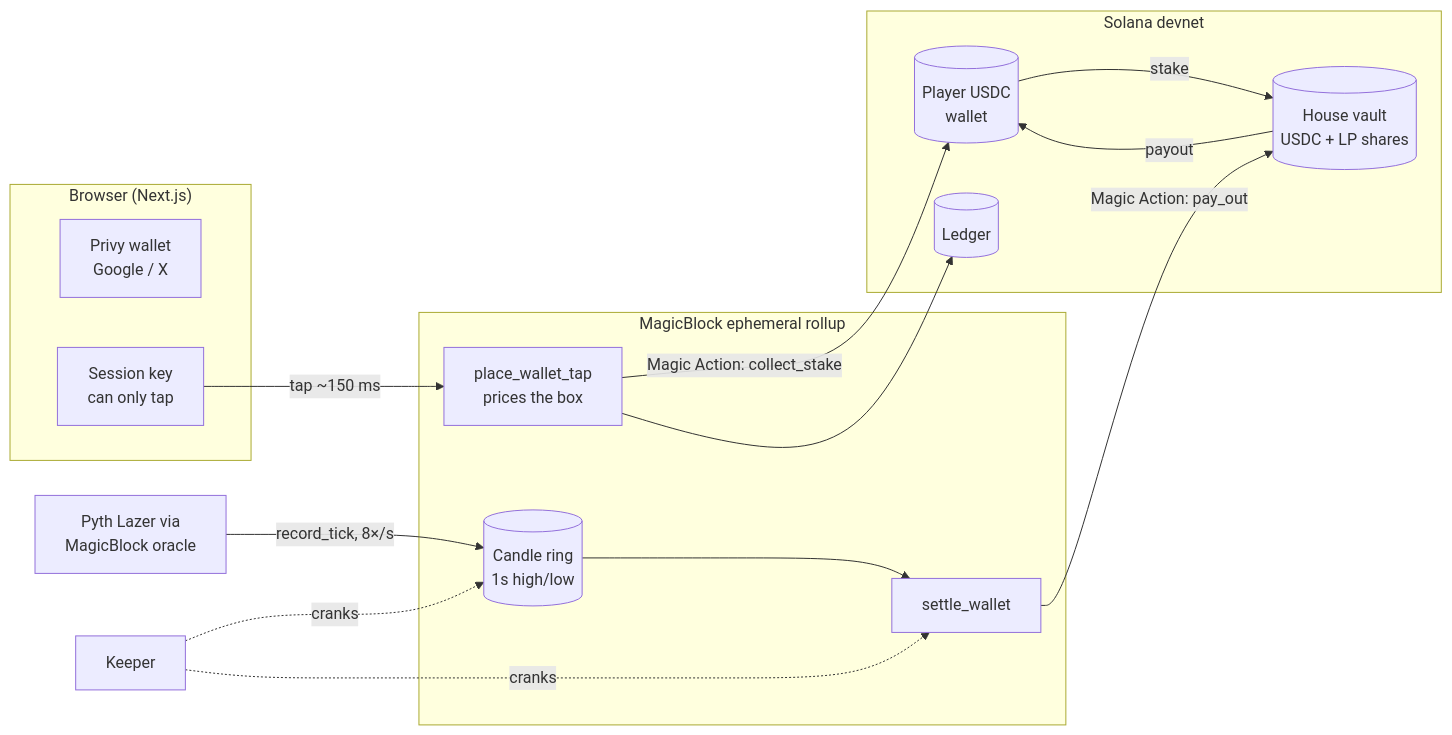
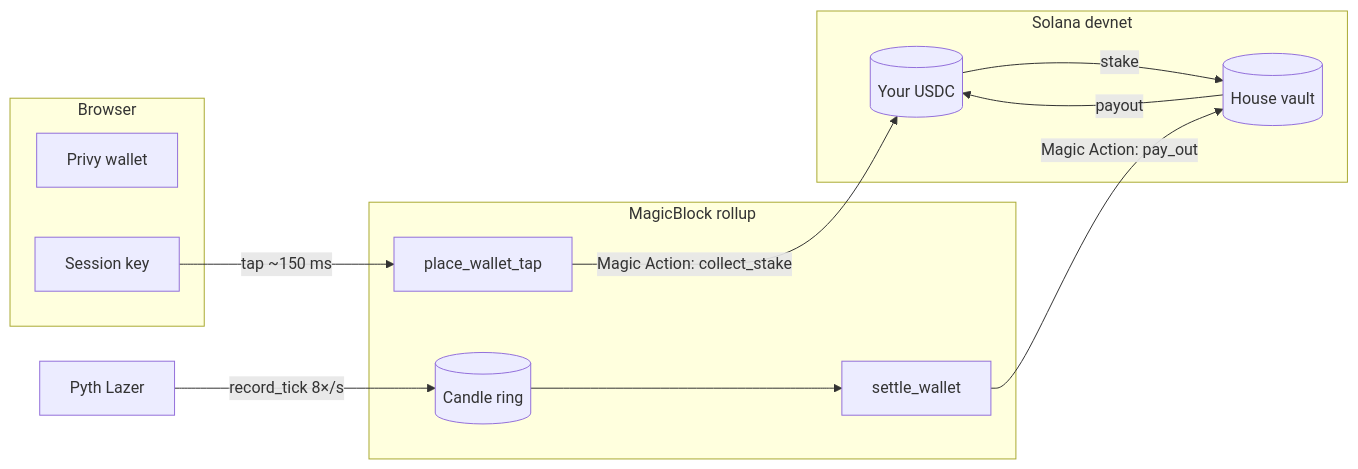
The diagram in README.md (mitgajera/quickdraw), drawn with Mermaid before and after one commit. The commit also changed other lines of this file, not shown here.

Commit message:
docs: scannable readme with tables, diagram and badges

````diff
--- a/README.md
+++ b/README.md
@@ -43,27 +70,23 @@
 ```mermaid
 flowchart LR
-  subgraph Browser["Browser (Next.js)"]
-    P[Privy wallet<br/>Google / X]
-    S[Session key<br/>can only tap]
+  subgraph Browser
+    P[Privy wallet]
+    S[Session key]
   end
-  subgraph ER["MagicBlock ephemeral rollup"]
-    T[place_wallet_tap<br/>prices the box]
-    C[(Candle ring<br/>1s high/low)]
+  subgraph ER[MagicBlock rollup]
+    T[place_wallet_tap]
+    C[(Candle ring)]
     W[settle_wallet]
   end
-  subgraph Solana["Solana devnet"]
-    V[(House vault<br/>USDC + LP shares)]
-    L[(Ledger)]
-    U[(Player USDC<br/>wallet)]
+  subgraph Solana[Solana devnet]
+    U[(Your USDC)]
+    V[(House vault)]
   end
-  O[Pyth Lazer via<br/>MagicBlock oracle] -->|record_tick, 8×/s| C
-  K[Keeper] -.cranks.-> C
-  K -.cranks.-> W
+  O[Pyth Lazer] -->|record_tick 8×/s| C
   S -->|tap ~150 ms| T
   T -->|Magic Action: collect_stake| U
   U -->|stake| V
   C --> W
   W -->|Magic Action: pay_out| V
   V -->|payout| U
-  T --> L
 ```
````
